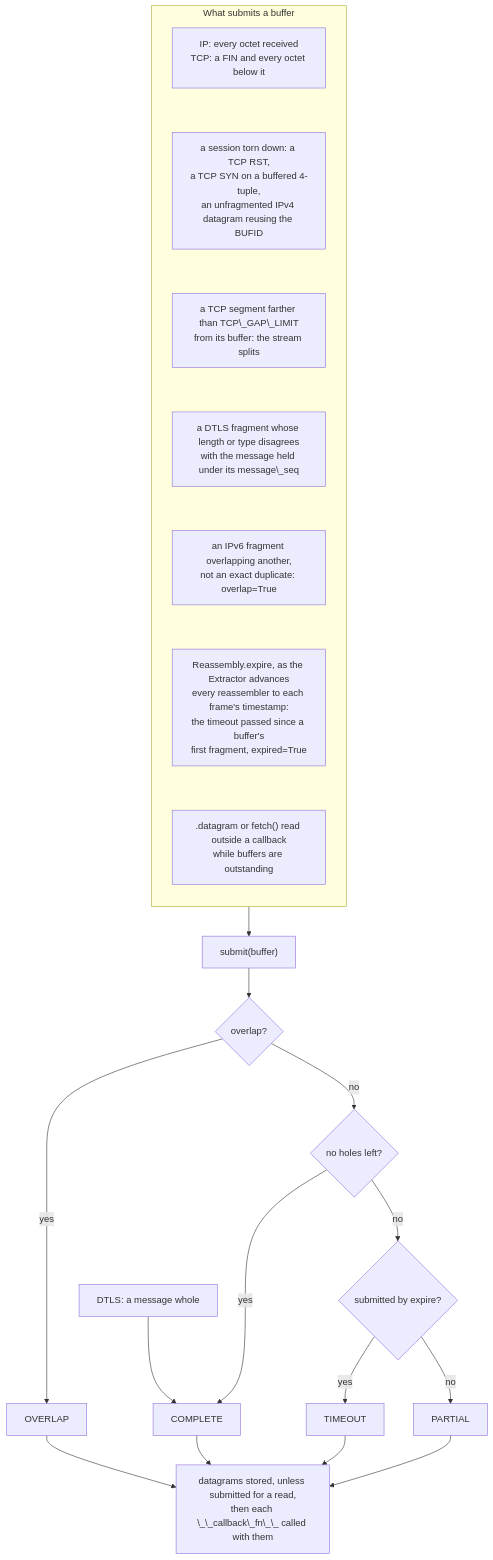
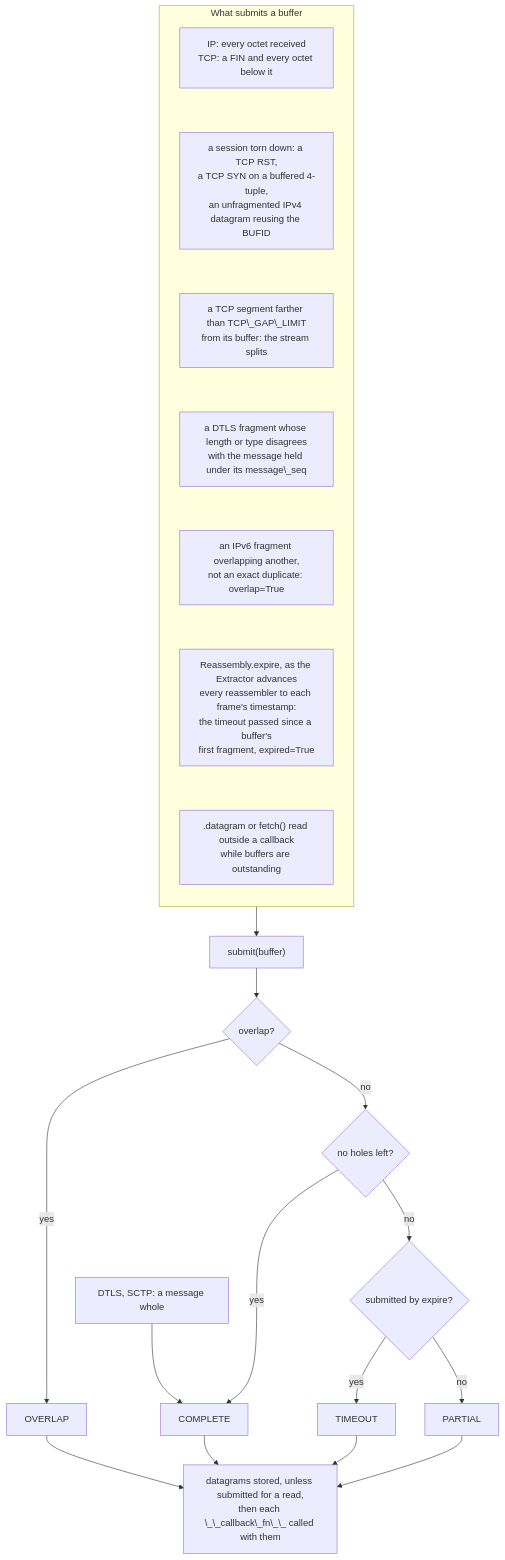
One commit to JarryShaw/PyPCAPKit changed the second of 2 diagrams in docs/source/pcapkit/foundation/reassembly/index.rst. Above: the diagram before and after it, drawn with Mermaid. The commit also changed other lines of this file and 38 other files, not shown here.

```diff
--- a/docs/source/pcapkit/foundation/reassembly/index.rst
+++ b/docs/source/pcapkit/foundation/reassembly/index.rst
@@ -78,43 +81,43 @@
 .. mermaid::
 
    flowchart TD
        subgraph trig ["What submits a buffer"]
            direction TB
            T1["IP: every octet received<br/>TCP: a FIN and every octet below it"]
            T2["a session torn down: a TCP RST,<br/>a TCP SYN on a buffered 4-tuple,<br/>an unfragmented IPv4 datagram reusing the BUFID"]
            T3["a TCP segment farther than TCP\_GAP\_LIMIT<br/>from its buffer: the stream splits"]
            T4["a DTLS fragment whose length or type disagrees<br/>with the message held under its message\_seq"]
            T5["an IPv6 fragment overlapping another,<br/>not an exact duplicate: overlap=True"]
            T6["Reassembly.expire, as the Extractor advances<br/>every reassembler to each frame's timestamp:<br/>the timeout passed since a buffer's<br/>first fragment, expired=True"]
            T7[".datagram or fetch() read outside a callback<br/>while buffers are outstanding"]
            T1 ~~~ T2 ~~~ T3 ~~~ T4 ~~~ T5 ~~~ T6 ~~~ T7
        end
-       T1D["DTLS: a message whole"]
+       T1D["DTLS, SCTP: a message whole"]
        SUB["submit(buffer)"]
        Q1{"overlap?"}
        Q2{"no holes left?"}
        Q3{"submitted by expire?"}
        OV["OVERLAP"]
        CO["COMPLETE"]
        TO["TIMEOUT"]
        PA["PARTIAL"]
        CB["datagrams stored, unless submitted for a read,<br/>then each \_\_callback\_fn\_\_ called with them"]
 
        trig --> SUB
        T1D --> CO
        SUB --> Q1
        Q1 -->|yes| OV
        Q1 -->|no| Q2
        Q2 -->|yes| CO
        Q2 -->|no| Q3
        Q3 -->|yes| TO
        Q3 -->|no| PA
        OV & CO & TO & PA --> CB
 
        click SUB "reassembly.html#pcapkit.foundation.reassembly.reassembly.Reassembly.submit"
        click T6 "reassembly.html#pcapkit.foundation.reassembly.reassembly.Reassembly.expire"
        click T7 "reassembly.html#pcapkit.foundation.reassembly.reassembly.Reassembly.fetch"
        click OV "index.html#pcapkit.foundation.reassembly.data.Completion.OVERLAP"
        click CO "index.html#pcapkit.foundation.reassembly.data.Completion.COMPLETE"
        click TO "index.html#pcapkit.foundation.reassembly.data.Completion.TIMEOUT"
        click PA "index.html#pcapkit.foundation.reassembly.data.Completion.PARTIAL"
```
